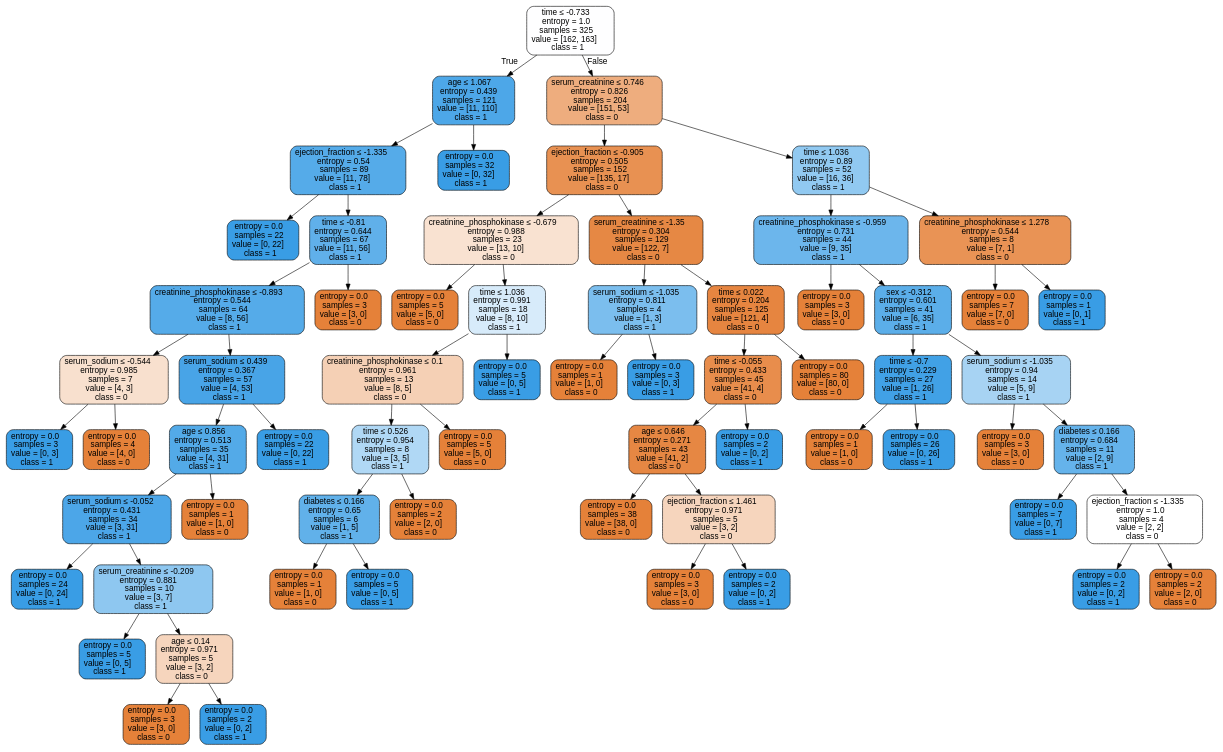
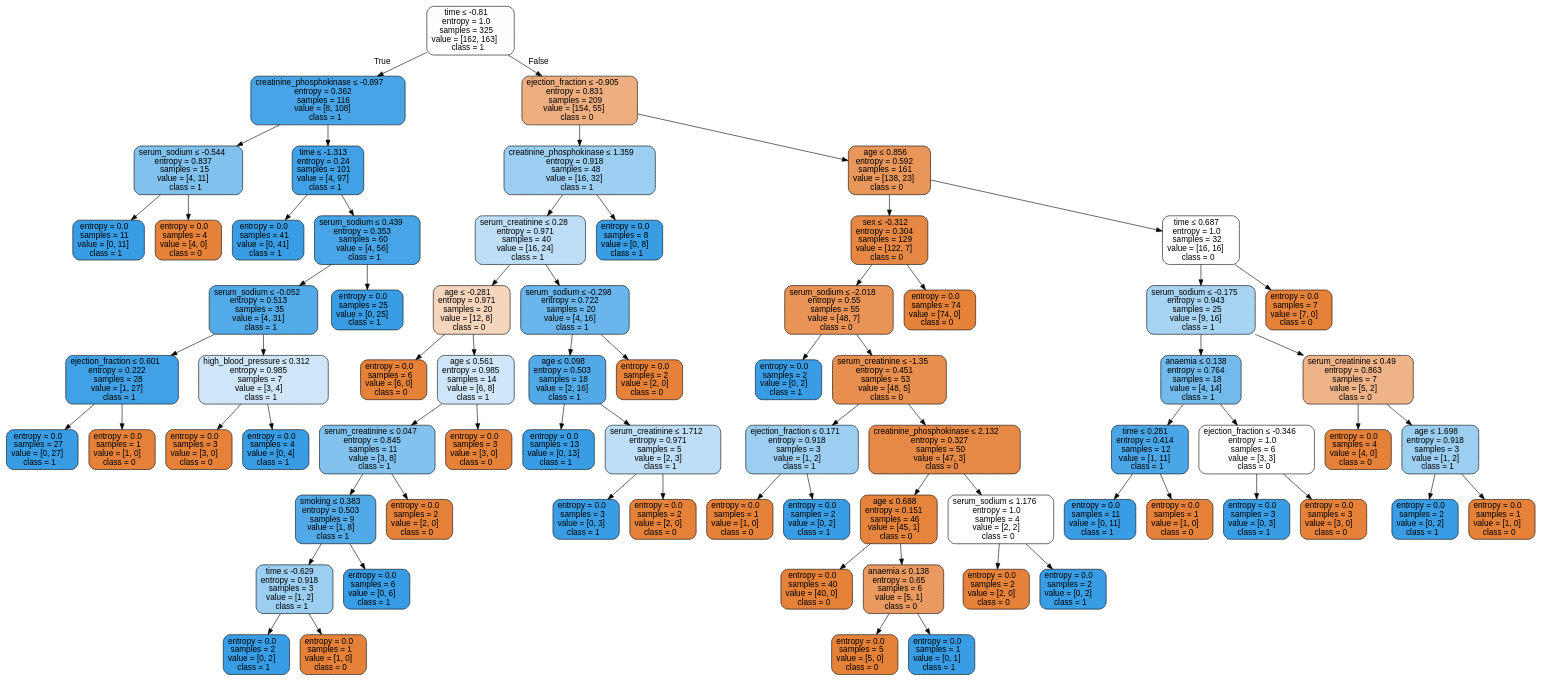
Before and after one commit to isabelSoares/CD-2021: the diagram in Labs/Results/DecisionTrees/FeatureEng/OverSample/HFCR - OverSample - dtree.dot, drawn with Graphviz. The commit also changed 125 other files, not shown here.

```diff
--- a/Labs/Results/DecisionTrees/FeatureEng/OverSample/HFCR - OverSample - dtree.dot
+++ b/Labs/Results/DecisionTrees/FeatureEng/OverSample/HFCR - OverSample - dtree.dot
@@ -1,133 +1,145 @@
 digraph Tree {
 node [shape=box, style="filled, rounded", color="black", fontname=helvetica] ;
 edge [fontname=helvetica] ;
-0 [label=<time &le; -0.733<br/>entropy = 1.0<br/>samples = 325<br/>value = [162, 163]<br/>class = 1>, fillcolor="#fefeff"] ;
-1 [label=<age &le; 1.067<br/>entropy = 0.439<br/>samples = 121<br/>value = [11, 110]<br/>class = 1>, fillcolor="#4da7e8"] ;
+0 [label=<time &le; -0.81<br/>entropy = 1.0<br/>samples = 325<br/>value = [162, 163]<br/>class = 1>, fillcolor="#fefeff"] ;
+1 [label=<creatinine_phosphokinase &le; -0.897<br/>entropy = 0.362<br/>samples = 116<br/>value = [8, 108]<br/>class = 1>, fillcolor="#48a4e7"] ;
 0 -> 1 [labeldistance=2.5, labelangle=45, headlabel="True"] ;
-2 [label=<ejection_fraction &le; -1.335<br/>entropy = 0.54<br/>samples = 89<br/>value = [11, 78]<br/>class = 1>, fillcolor="#55abe9"] ;
+2 [label=<serum_sodium &le; -0.544<br/>entropy = 0.837<br/>samples = 15<br/>value = [4, 11]<br/>class = 1>, fillcolor="#81c1ee"] ;
 1 -> 2 ;
-3 [label=<entropy = 0.0<br/>samples = 22<br/>value = [0, 22]<br/>class = 1>, fillcolor="#399de5"] ;
+3 [label=<entropy = 0.0<br/>samples = 11<br/>value = [0, 11]<br/>class = 1>, fillcolor="#399de5"] ;
 2 -> 3 ;
-4 [label=<time &le; -0.81<br/>entropy = 0.644<br/>samples = 67<br/>value = [11, 56]<br/>class = 1>, fillcolor="#60b0ea"] ;
+4 [label=<entropy = 0.0<br/>samples = 4<br/>value = [4, 0]<br/>class = 0>, fillcolor="#e58139"] ;
 2 -> 4 ;
-5 [label=<creatinine_phosphokinase &le; -0.893<br/>entropy = 0.544<br/>samples = 64<br/>value = [8, 56]<br/>class = 1>, fillcolor="#55abe9"] ;
-4 -> 5 ;
-6 [label=<serum_sodium &le; -0.544<br/>entropy = 0.985<br/>samples = 7<br/>value = [4, 3]<br/>class = 0>, fillcolor="#f8e0ce"] ;
+5 [label=<time &le; -1.313<br/>entropy = 0.24<br/>samples = 101<br/>value = [4, 97]<br/>class = 1>, fillcolor="#41a1e6"] ;
+1 -> 5 ;
+6 [label=<entropy = 0.0<br/>samples = 41<br/>value = [0, 41]<br/>class = 1>, fillcolor="#399de5"] ;
 5 -> 6 ;
-7 [label=<entropy = 0.0<br/>samples = 3<br/>value = [0, 3]<br/>class = 1>, fillcolor="#399de5"] ;
-6 -> 7 ;
-8 [label=<entropy = 0.0<br/>samples = 4<br/>value = [4, 0]<br/>class = 0>, fillcolor="#e58139"] ;
-6 -> 8 ;
-9 [label=<serum_sodium &le; 0.439<br/>entropy = 0.367<br/>samples = 57<br/>value = [4, 53]<br/>class = 1>, fillcolor="#48a4e7"] ;
-5 -> 9 ;
-10 [label=<age &le; 0.856<br/>entropy = 0.513<br/>samples = 35<br/>value = [4, 31]<br/>class = 1>, fillcolor="#53aae8"] ;
+7 [label=<serum_sodium &le; 0.439<br/>entropy = 0.353<br/>samples = 60<br/>value = [4, 56]<br/>class = 1>, fillcolor="#47a4e7"] ;
+5 -> 7 ;
+8 [label=<serum_sodium &le; -0.052<br/>entropy = 0.513<br/>samples = 35<br/>value = [4, 31]<br/>class = 1>, fillcolor="#53aae8"] ;
+7 -> 8 ;
+9 [label=<ejection_fraction &le; 0.601<br/>entropy = 0.222<br/>samples = 28<br/>value = [1, 27]<br/>class = 1>, fillcolor="#40a1e6"] ;
+8 -> 9 ;
+10 [label=<entropy = 0.0<br/>samples = 27<br/>value = [0, 27]<br/>class = 1>, fillcolor="#399de5"] ;
 9 -> 10 ;
-11 [label=<serum_sodium &le; -0.052<br/>entropy = 0.431<br/>samples = 34<br/>value = [3, 31]<br/>class = 1>, fillcolor="#4ca6e8"] ;
-10 -> 11 ;
-12 [label=<entropy = 0.0<br/>samples = 24<br/>value = [0, 24]<br/>class = 1>, fillcolor="#399de5"] ;
-11 -> 12 ;
-13 [label=<serum_creatinine &le; -0.209<br/>entropy = 0.881<br/>samples = 10<br/>value = [3, 7]<br/>class = 1>, fillcolor="#8ec7f0"] ;
-11 -> 13 ;
-14 [label=<entropy = 0.0<br/>samples = 5<br/>value = [0, 5]<br/>class = 1>, fillcolor="#399de5"] ;
-13 -> 14 ;
-15 [label=<age &le; 0.14<br/>entropy = 0.971<br/>samples = 5<br/>value = [3, 2]<br/>class = 0>, fillcolor="#f6d5bd"] ;
-13 -> 15 ;
-16 [label=<entropy = 0.0<br/>samples = 3<br/>value = [3, 0]<br/>class = 0>, fillcolor="#e58139"] ;
-15 -> 16 ;
-17 [label=<entropy = 0.0<br/>samples = 2<br/>value = [0, 2]<br/>class = 1>, fillcolor="#399de5"] ;
-15 -> 17 ;
-18 [label=<entropy = 0.0<br/>samples = 1<br/>value = [1, 0]<br/>class = 0>, fillcolor="#e58139"] ;
-10 -> 18 ;
-19 [label=<entropy = 0.0<br/>samples = 22<br/>value = [0, 22]<br/>class = 1>, fillcolor="#399de5"] ;
-9 -> 19 ;
-20 [label=<entropy = 0.0<br/>samples = 3<br/>value = [3, 0]<br/>class = 0>, fillcolor="#e58139"] ;
-4 -> 20 ;
-21 [label=<entropy = 0.0<br/>samples = 32<br/>value = [0, 32]<br/>class = 1>, fillcolor="#399de5"] ;
-1 -> 21 ;
-22 [label=<serum_creatinine &le; 0.746<br/>entropy = 0.826<br/>samples = 204<br/>value = [151, 53]<br/>class = 0>, fillcolor="#eead7e"] ;
-0 -> 22 [labeldistance=2.5, labelangle=-45, headlabel="False"] ;
-23 [label=<ejection_fraction &le; -0.905<br/>entropy = 0.505<br/>samples = 152<br/>value = [135, 17]<br/>class = 0>, fillcolor="#e89152"] ;
+11 [label=<entropy = 0.0<br/>samples = 1<br/>value = [1, 0]<br/>class = 0>, fillcolor="#e58139"] ;
+9 -> 11 ;
+12 [label=<high_blood_pressure &le; 0.312<br/>entropy = 0.985<br/>samples = 7<br/>value = [3, 4]<br/>class = 1>, fillcolor="#cee6f8"] ;
+8 -> 12 ;
+13 [label=<entropy = 0.0<br/>samples = 3<br/>value = [3, 0]<br/>class = 0>, fillcolor="#e58139"] ;
+12 -> 13 ;
+14 [label=<entropy = 0.0<br/>samples = 4<br/>value = [0, 4]<br/>class = 1>, fillcolor="#399de5"] ;
+12 -> 14 ;
+15 [label=<entropy = 0.0<br/>samples = 25<br/>value = [0, 25]<br/>class = 1>, fillcolor="#399de5"] ;
+7 -> 15 ;
+16 [label=<ejection_fraction &le; -0.905<br/>entropy = 0.831<br/>samples = 209<br/>value = [154, 55]<br/>class = 0>, fillcolor="#eeae80"] ;
+0 -> 16 [labeldistance=2.5, labelangle=-45, headlabel="False"] ;
+17 [label=<creatinine_phosphokinase &le; 1.359<br/>entropy = 0.918<br/>samples = 48<br/>value = [16, 32]<br/>class = 1>, fillcolor="#9ccef2"] ;
+16 -> 17 ;
+18 [label=<serum_creatinine &le; 0.28<br/>entropy = 0.971<br/>samples = 40<br/>value = [16, 24]<br/>class = 1>, fillcolor="#bddef6"] ;
+17 -> 18 ;
+19 [label=<age &le; -0.281<br/>entropy = 0.971<br/>samples = 20<br/>value = [12, 8]<br/>class = 0>, fillcolor="#f6d5bd"] ;
+18 -> 19 ;
+20 [label=<entropy = 0.0<br/>samples = 6<br/>value = [6, 0]<br/>class = 0>, fillcolor="#e58139"] ;
+19 -> 20 ;
+21 [label=<age &le; 0.561<br/>entropy = 0.985<br/>samples = 14<br/>value = [6, 8]<br/>class = 1>, fillcolor="#cee6f8"] ;
+19 -> 21 ;
+22 [label=<serum_creatinine &le; 0.047<br/>entropy = 0.845<br/>samples = 11<br/>value = [3, 8]<br/>class = 1>, fillcolor="#83c2ef"] ;
+21 -> 22 ;
+23 [label=<smoking &le; 0.383<br/>entropy = 0.503<br/>samples = 9<br/>value = [1, 8]<br/>class = 1>, fillcolor="#52a9e8"] ;
 22 -> 23 ;
-24 [label=<creatinine_phosphokinase &le; -0.679<br/>entropy = 0.988<br/>samples = 23<br/>value = [13, 10]<br/>class = 0>, fillcolor="#f9e2d1"] ;
+24 [label=<time &le; -0.629<br/>entropy = 0.918<br/>samples = 3<br/>value = [1, 2]<br/>class = 1>, fillcolor="#9ccef2"] ;
 23 -> 24 ;
-25 [label=<entropy = 0.0<br/>samples = 5<br/>value = [5, 0]<br/>class = 0>, fillcolor="#e58139"] ;
+25 [label=<entropy = 0.0<br/>samples = 2<br/>value = [0, 2]<br/>class = 1>, fillcolor="#399de5"] ;
 24 -> 25 ;
-26 [label=<time &le; 1.036<br/>entropy = 0.991<br/>samples = 18<br/>value = [8, 10]<br/>class = 1>, fillcolor="#d7ebfa"] ;
+26 [label=<entropy = 0.0<br/>samples = 1<br/>value = [1, 0]<br/>class = 0>, fillcolor="#e58139"] ;
 24 -> 26 ;
-27 [label=<creatinine_phosphokinase &le; 0.1<br/>entropy = 0.961<br/>samples = 13<br/>value = [8, 5]<br/>class = 0>, fillcolor="#f5d0b5"] ;
-26 -> 27 ;
-28 [label=<time &le; 0.526<br/>entropy = 0.954<br/>samples = 8<br/>value = [3, 5]<br/>class = 1>, fillcolor="#b0d8f5"] ;
-27 -> 28 ;
-29 [label=<diabetes &le; 0.166<br/>entropy = 0.65<br/>samples = 6<br/>value = [1, 5]<br/>class = 1>, fillcolor="#61b1ea"] ;
-28 -> 29 ;
-30 [label=<entropy = 0.0<br/>samples = 1<br/>value = [1, 0]<br/>class = 0>, fillcolor="#e58139"] ;
-29 -> 30 ;
-31 [label=<entropy = 0.0<br/>samples = 5<br/>value = [0, 5]<br/>class = 1>, fillcolor="#399de5"] ;
-29 -> 31 ;
-32 [label=<entropy = 0.0<br/>samples = 2<br/>value = [2, 0]<br/>class = 0>, fillcolor="#e58139"] ;
-28 -> 32 ;
-33 [label=<entropy = 0.0<br/>samples = 5<br/>value = [5, 0]<br/>class = 0>, fillcolor="#e58139"] ;
-27 -> 33 ;
-34 [label=<entropy = 0.0<br/>samples = 5<br/>value = [0, 5]<br/>class = 1>, fillcolor="#399de5"] ;
-26 -> 34 ;
-35 [label=<serum_creatinine &le; -1.35<br/>entropy = 0.304<br/>samples = 129<br/>value = [122, 7]<br/>class = 0>, fillcolor="#e68844"] ;
-23 -> 35 ;
-36 [label=<serum_sodium &le; -1.035<br/>entropy = 0.811<br/>samples = 4<br/>value = [1, 3]<br/>class = 1>, fillcolor="#7bbeee"] ;
-35 -> 36 ;
-37 [label=<entropy = 0.0<br/>samples = 1<br/>value = [1, 0]<br/>class = 0>, fillcolor="#e58139"] ;
-36 -> 37 ;
-38 [label=<entropy = 0.0<br/>samples = 3<br/>value = [0, 3]<br/>class = 1>, fillcolor="#399de5"] ;
-36 -> 38 ;
-39 [label=<time &le; 0.022<br/>entropy = 0.204<br/>samples = 125<br/>value = [121, 4]<br/>class = 0>, fillcolor="#e68540"] ;
-35 -> 39 ;
-40 [label=<time &le; -0.055<br/>entropy = 0.433<br/>samples = 45<br/>value = [41, 4]<br/>class = 0>, fillcolor="#e88d4c"] ;
+27 [label=<entropy = 0.0<br/>samples = 6<br/>value = [0, 6]<br/>class = 1>, fillcolor="#399de5"] ;
+23 -> 27 ;
+28 [label=<entropy = 0.0<br/>samples = 2<br/>value = [2, 0]<br/>class = 0>, fillcolor="#e58139"] ;
+22 -> 28 ;
+29 [label=<entropy = 0.0<br/>samples = 3<br/>value = [3, 0]<br/>class = 0>, fillcolor="#e58139"] ;
+21 -> 29 ;
+30 [label=<serum_sodium &le; -0.298<br/>entropy = 0.722<br/>samples = 20<br/>value = [4, 16]<br/>class = 1>, fillcolor="#6ab6ec"] ;
+18 -> 30 ;
+31 [label=<age &le; 0.098<br/>entropy = 0.503<br/>samples = 18<br/>value = [2, 16]<br/>class = 1>, fillcolor="#52a9e8"] ;
+30 -> 31 ;
+32 [label=<entropy = 0.0<br/>samples = 13<br/>value = [0, 13]<br/>class = 1>, fillcolor="#399de5"] ;
+31 -> 32 ;
+33 [label=<serum_creatinine &le; 1.712<br/>entropy = 0.971<br/>samples = 5<br/>value = [2, 3]<br/>class = 1>, fillcolor="#bddef6"] ;
+31 -> 33 ;
+34 [label=<entropy = 0.0<br/>samples = 3<br/>value = [0, 3]<br/>class = 1>, fillcolor="#399de5"] ;
+33 -> 34 ;
+35 [label=<entropy = 0.0<br/>samples = 2<br/>value = [2, 0]<br/>class = 0>, fillcolor="#e58139"] ;
+33 -> 35 ;
+36 [label=<entropy = 0.0<br/>samples = 2<br/>value = [2, 0]<br/>class = 0>, fillcolor="#e58139"] ;
+30 -> 36 ;
+37 [label=<entropy = 0.0<br/>samples = 8<br/>value = [0, 8]<br/>class = 1>, fillcolor="#399de5"] ;
+17 -> 37 ;
+38 [label=<age &le; 0.856<br/>entropy = 0.592<br/>samples = 161<br/>value = [138, 23]<br/>class = 0>, fillcolor="#e9965a"] ;
+16 -> 38 ;
+39 [label=<sex &le; -0.312<br/>entropy = 0.304<br/>samples = 129<br/>value = [122, 7]<br/>class = 0>, fillcolor="#e68844"] ;
+38 -> 39 ;
+40 [label=<serum_sodium &le; -2.018<br/>entropy = 0.55<br/>samples = 55<br/>value = [48, 7]<br/>class = 0>, fillcolor="#e99356"] ;
 39 -> 40 ;
-41 [label=<age &le; 0.646<br/>entropy = 0.271<br/>samples = 43<br/>value = [41, 2]<br/>class = 0>, fillcolor="#e68743"] ;
+41 [label=<entropy = 0.0<br/>samples = 2<br/>value = [0, 2]<br/>class = 1>, fillcolor="#399de5"] ;
 40 -> 41 ;
-42 [label=<entropy = 0.0<br/>samples = 38<br/>value = [38, 0]<br/>class = 0>, fillcolor="#e58139"] ;
-41 -> 42 ;
-43 [label=<ejection_fraction &le; 1.461<br/>entropy = 0.971<br/>samples = 5<br/>value = [3, 2]<br/>class = 0>, fillcolor="#f6d5bd"] ;
-41 -> 43 ;
-44 [label=<entropy = 0.0<br/>samples = 3<br/>value = [3, 0]<br/>class = 0>, fillcolor="#e58139"] ;
+42 [label=<serum_creatinine &le; -1.35<br/>entropy = 0.451<br/>samples = 53<br/>value = [48, 5]<br/>class = 0>, fillcolor="#e88e4e"] ;
+40 -> 42 ;
+43 [label=<ejection_fraction &le; 0.171<br/>entropy = 0.918<br/>samples = 3<br/>value = [1, 2]<br/>class = 1>, fillcolor="#9ccef2"] ;
+42 -> 43 ;
+44 [label=<entropy = 0.0<br/>samples = 1<br/>value = [1, 0]<br/>class = 0>, fillcolor="#e58139"] ;
 43 -> 44 ;
 45 [label=<entropy = 0.0<br/>samples = 2<br/>value = [0, 2]<br/>class = 1>, fillcolor="#399de5"] ;
 43 -> 45 ;
-46 [label=<entropy = 0.0<br/>samples = 2<br/>value = [0, 2]<br/>class = 1>, fillcolor="#399de5"] ;
-40 -> 46 ;
-47 [label=<entropy = 0.0<br/>samples = 80<br/>value = [80, 0]<br/>class = 0>, fillcolor="#e58139"] ;
-39 -> 47 ;
-48 [label=<time &le; 1.036<br/>entropy = 0.89<br/>samples = 52<br/>value = [16, 36]<br/>class = 1>, fillcolor="#91c9f1"] ;
-22 -> 48 ;
-49 [label=<creatinine_phosphokinase &le; -0.959<br/>entropy = 0.731<br/>samples = 44<br/>value = [9, 35]<br/>class = 1>, fillcolor="#6cb6ec"] ;
-48 -> 49 ;
-50 [label=<entropy = 0.0<br/>samples = 3<br/>value = [3, 0]<br/>class = 0>, fillcolor="#e58139"] ;
+46 [label=<creatinine_phosphokinase &le; 2.132<br/>entropy = 0.327<br/>samples = 50<br/>value = [47, 3]<br/>class = 0>, fillcolor="#e78946"] ;
+42 -> 46 ;
+47 [label=<age &le; 0.688<br/>entropy = 0.151<br/>samples = 46<br/>value = [45, 1]<br/>class = 0>, fillcolor="#e6843d"] ;
+46 -> 47 ;
+48 [label=<entropy = 0.0<br/>samples = 40<br/>value = [40, 0]<br/>class = 0>, fillcolor="#e58139"] ;
+47 -> 48 ;
+49 [label=<anaemia &le; 0.138<br/>entropy = 0.65<br/>samples = 6<br/>value = [5, 1]<br/>class = 0>, fillcolor="#ea9a61"] ;
+47 -> 49 ;
+50 [label=<entropy = 0.0<br/>samples = 5<br/>value = [5, 0]<br/>class = 0>, fillcolor="#e58139"] ;
 49 -> 50 ;
-51 [label=<sex &le; -0.312<br/>entropy = 0.601<br/>samples = 41<br/>value = [6, 35]<br/>class = 1>, fillcolor="#5baee9"] ;
+51 [label=<entropy = 0.0<br/>samples = 1<br/>value = [0, 1]<br/>class = 1>, fillcolor="#399de5"] ;
 49 -> 51 ;
-52 [label=<time &le; -0.7<br/>entropy = 0.229<br/>samples = 27<br/>value = [1, 26]<br/>class = 1>, fillcolor="#41a1e6"] ;
-51 -> 52 ;
-53 [label=<entropy = 0.0<br/>samples = 1<br/>value = [1, 0]<br/>class = 0>, fillcolor="#e58139"] ;
+52 [label=<serum_sodium &le; 1.176<br/>entropy = 1.0<br/>samples = 4<br/>value = [2, 2]<br/>class = 0>, fillcolor="#ffffff"] ;
+46 -> 52 ;
+53 [label=<entropy = 0.0<br/>samples = 2<br/>value = [2, 0]<br/>class = 0>, fillcolor="#e58139"] ;
 52 -> 53 ;
-54 [label=<entropy = 0.0<br/>samples = 26<br/>value = [0, 26]<br/>class = 1>, fillcolor="#399de5"] ;
+54 [label=<entropy = 0.0<br/>samples = 2<br/>value = [0, 2]<br/>class = 1>, fillcolor="#399de5"] ;
 52 -> 54 ;
-55 [label=<serum_sodium &le; -1.035<br/>entropy = 0.94<br/>samples = 14<br/>value = [5, 9]<br/>class = 1>, fillcolor="#a7d3f3"] ;
-51 -> 55 ;
-56 [label=<entropy = 0.0<br/>samples = 3<br/>value = [3, 0]<br/>class = 0>, fillcolor="#e58139"] ;
-55 -> 56 ;
-57 [label=<diabetes &le; 0.166<br/>entropy = 0.684<br/>samples = 11<br/>value = [2, 9]<br/>class = 1>, fillcolor="#65b3eb"] ;
-55 -> 57 ;
-58 [label=<entropy = 0.0<br/>samples = 7<br/>value = [0, 7]<br/>class = 1>, fillcolor="#399de5"] ;
+55 [label=<entropy = 0.0<br/>samples = 74<br/>value = [74, 0]<br/>class = 0>, fillcolor="#e58139"] ;
+39 -> 55 ;
+56 [label=<time &le; 0.687<br/>entropy = 1.0<br/>samples = 32<br/>value = [16, 16]<br/>class = 0>, fillcolor="#ffffff"] ;
+38 -> 56 ;
+57 [label=<serum_sodium &le; -0.175<br/>entropy = 0.943<br/>samples = 25<br/>value = [9, 16]<br/>class = 1>, fillcolor="#a8d4f4"] ;
+56 -> 57 ;
+58 [label=<anaemia &le; 0.138<br/>entropy = 0.764<br/>samples = 18<br/>value = [4, 14]<br/>class = 1>, fillcolor="#72b9ec"] ;
 57 -> 58 ;
-59 [label=<ejection_fraction &le; -1.335<br/>entropy = 1.0<br/>samples = 4<br/>value = [2, 2]<br/>class = 0>, fillcolor="#ffffff"] ;
-57 -> 59 ;
-60 [label=<entropy = 0.0<br/>samples = 2<br/>value = [0, 2]<br/>class = 1>, fillcolor="#399de5"] ;
+59 [label=<time &le; 0.281<br/>entropy = 0.414<br/>samples = 12<br/>value = [1, 11]<br/>class = 1>, fillcolor="#4ba6e7"] ;
+58 -> 59 ;
+60 [label=<entropy = 0.0<br/>samples = 11<br/>value = [0, 11]<br/>class = 1>, fillcolor="#399de5"] ;
 59 -> 60 ;
-61 [label=<entropy = 0.0<br/>samples = 2<br/>value = [2, 0]<br/>class = 0>, fillcolor="#e58139"] ;
+61 [label=<entropy = 0.0<br/>samples = 1<br/>value = [1, 0]<br/>class = 0>, fillcolor="#e58139"] ;
 59 -> 61 ;
-62 [label=<creatinine_phosphokinase &le; 1.278<br/>entropy = 0.544<br/>samples = 8<br/>value = [7, 1]<br/>class = 0>, fillcolor="#e99355"] ;
-48 -> 62 ;
-63 [label=<entropy = 0.0<br/>samples = 7<br/>value = [7, 0]<br/>class = 0>, fillcolor="#e58139"] ;
+62 [label=<ejection_fraction &le; -0.346<br/>entropy = 1.0<br/>samples = 6<br/>value = [3, 3]<br/>class = 0>, fillcolor="#ffffff"] ;
+58 -> 62 ;
+63 [label=<entropy = 0.0<br/>samples = 3<br/>value = [0, 3]<br/>class = 1>, fillcolor="#399de5"] ;
 62 -> 63 ;
-64 [label=<entropy = 0.0<br/>samples = 1<br/>value = [0, 1]<br/>class = 1>, fillcolor="#399de5"] ;
+64 [label=<entropy = 0.0<br/>samples = 3<br/>value = [3, 0]<br/>class = 0>, fillcolor="#e58139"] ;
 62 -> 64 ;
+65 [label=<serum_creatinine &le; 0.49<br/>entropy = 0.863<br/>samples = 7<br/>value = [5, 2]<br/>class = 0>, fillcolor="#efb388"] ;
+57 -> 65 ;
+66 [label=<entropy = 0.0<br/>samples = 4<br/>value = [4, 0]<br/>class = 0>, fillcolor="#e58139"] ;
+65 -> 66 ;
+67 [label=<age &le; 1.698<br/>entropy = 0.918<br/>samples = 3<br/>value = [1, 2]<br/>class = 1>, fillcolor="#9ccef2"] ;
+65 -> 67 ;
+68 [label=<entropy = 0.0<br/>samples = 2<br/>value = [0, 2]<br/>class = 1>, fillcolor="#399de5"] ;
+67 -> 68 ;
+69 [label=<entropy = 0.0<br/>samples = 1<br/>value = [1, 0]<br/>class = 0>, fillcolor="#e58139"] ;
+67 -> 69 ;
+70 [label=<entropy = 0.0<br/>samples = 7<br/>value = [7, 0]<br/>class = 0>, fillcolor="#e58139"] ;
+56 -> 70 ;
 }
```
